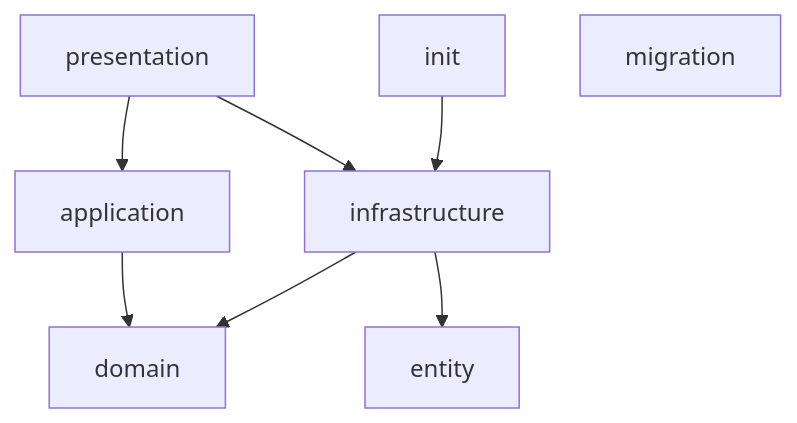
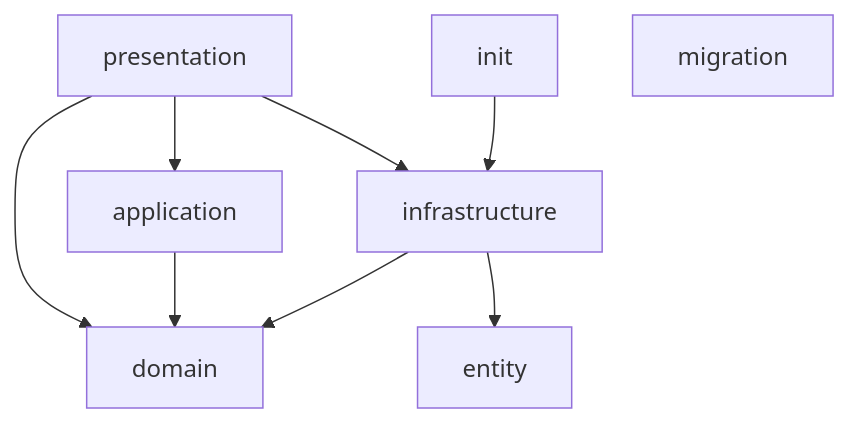
Before and after one commit to Myxogastria0808/dashi-server: the first of 4 diagrams in README.md, drawn with Mermaid. The commit also changed other lines of this file and 14 other files, not shown here.

````diff
--- a/README.md
+++ b/README.md
@@ -27,10 +27,11 @@
 ```mermaid
 flowchart TD
     presentation --> application
+    presentation --> domain
     presentation --> infrastructure
     application --> domain
     infrastructure --> domain
     init --> infrastructure
     infrastructure --> entity
     migration
 ```
````
